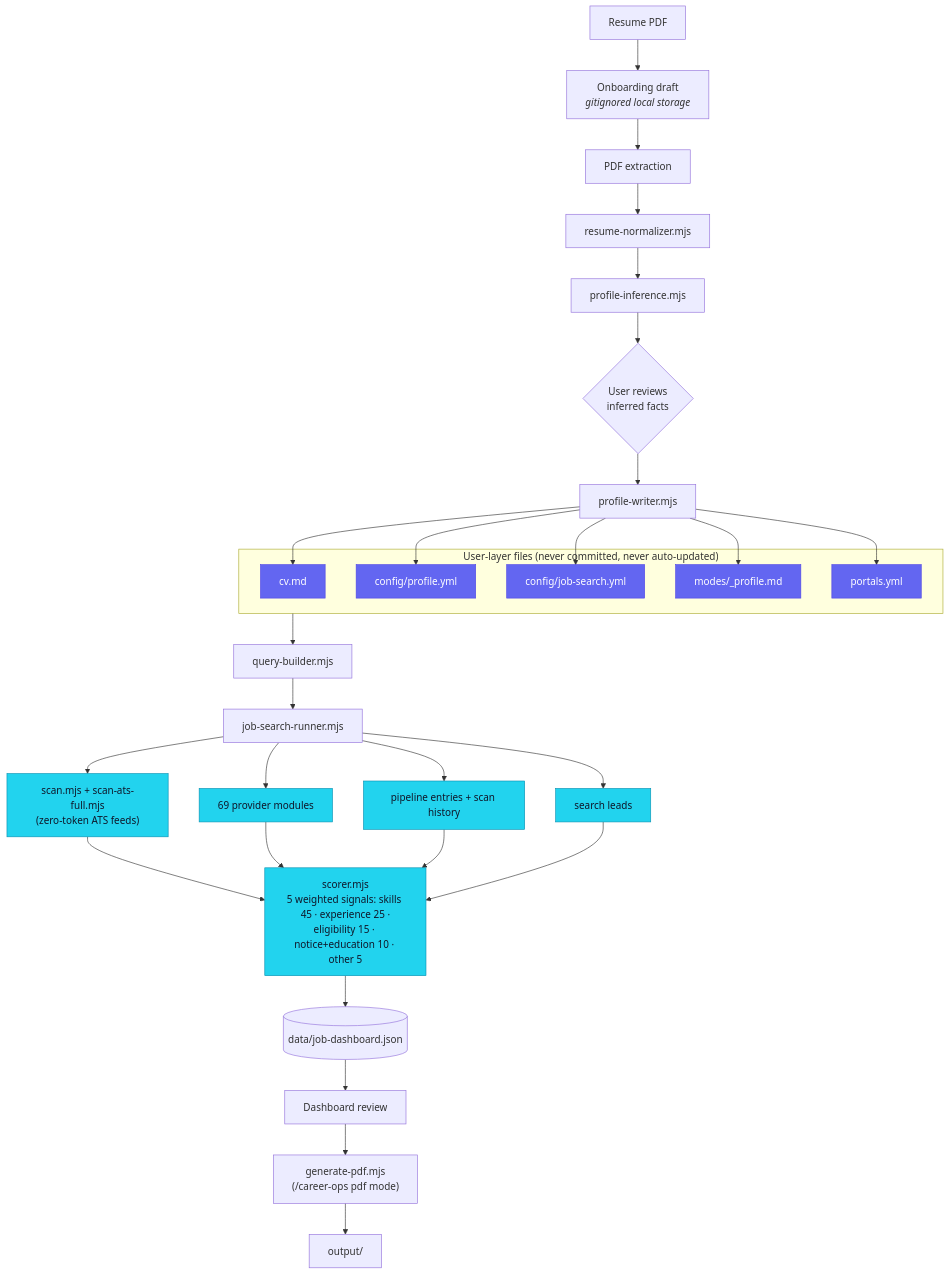
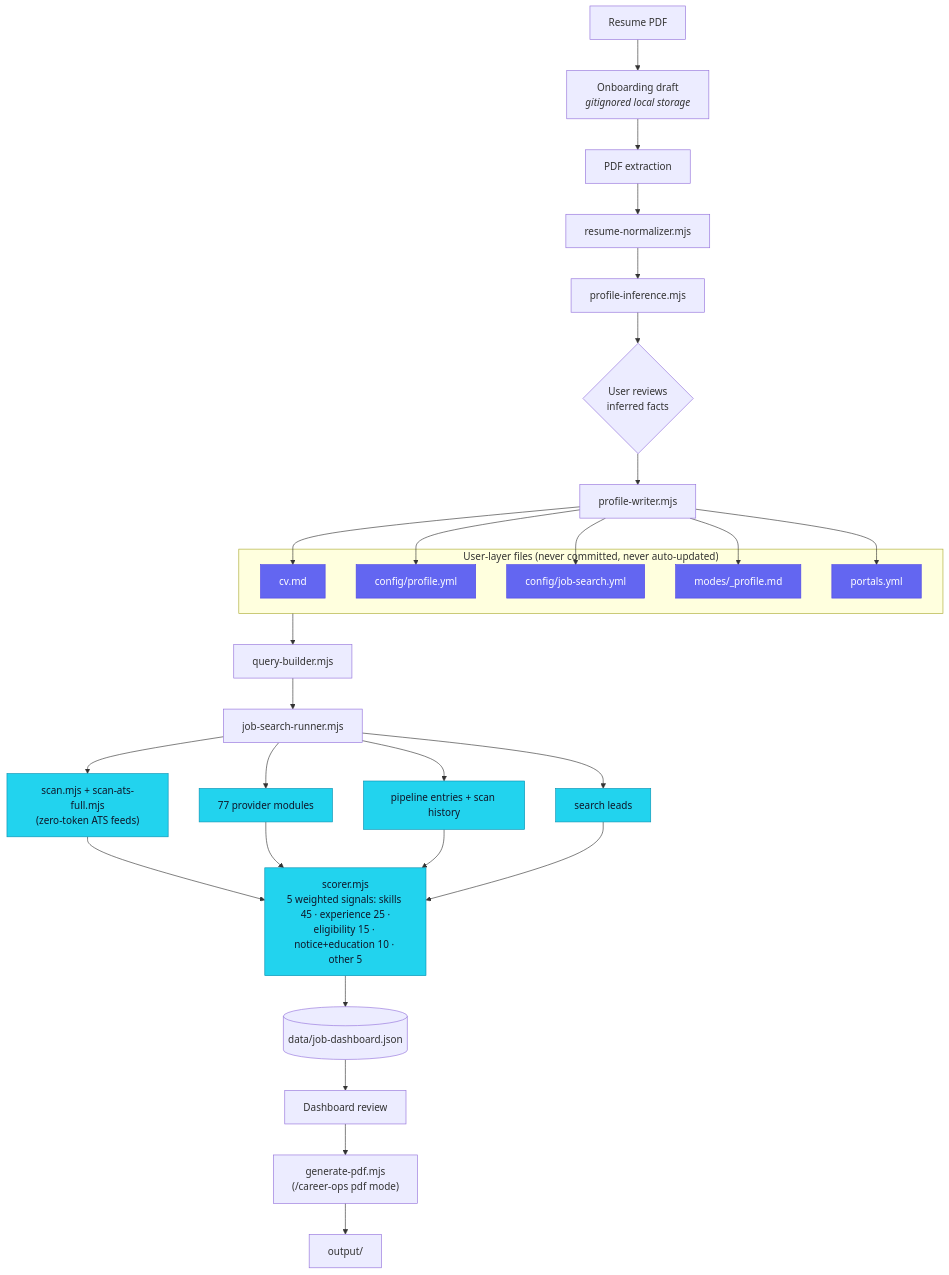
The diagram in README.md (darkpandawarrior/career-ops), drawn with Mermaid before and after one commit. The commit also changed other lines of this file, not shown here.

````diff
--- a/README.md
+++ b/README.md
@@ -219,46 +219,46 @@
 ```mermaid
 flowchart TD
     A[Resume PDF] --> B[Onboarding draft<br/><i>gitignored local storage</i>]
     B --> C[PDF extraction]
     C --> D[resume-normalizer.mjs]
     D --> E[profile-inference.mjs]
     E --> F{User reviews<br/>inferred facts}
     F --> G[profile-writer.mjs]
 
     G --> H1[cv.md]
     G --> H2[config/profile.yml]
     G --> H3[config/job-search.yml]
     G --> H4[modes/_profile.md]
     G --> H5[portals.yml]
 
     subgraph UL["User-layer files (never committed, never auto-updated)"]
         H1
         H2
         H3
         H4
         H5
     end
 
     UL --> I[query-builder.mjs]
     I --> J[job-search-runner.mjs]
 
     J --> K1["scan.mjs + scan-ats-full.mjs<br/>(zero-token ATS feeds)"]
-    J --> K2["69 provider modules"]
+    J --> K2["77 provider modules"]
     J --> K3["pipeline entries + scan history"]
     J --> K4["search leads"]
 
     K1 --> L["scorer.mjs<br/>5 weighted signals: skills 45 · experience 25 ·<br/>eligibility 15 · notice+education 10 · other 5"]
     K2 --> L
     K3 --> L
     K4 --> L
 
     L --> M[(data/job-dashboard.json)]
     M --> N[Dashboard review]
     N --> O["generate-pdf.mjs<br/>(/career-ops pdf mode)"]
     O --> P[output/]
 
     classDef userLayer fill:#6366f1,stroke:#4f46e5,color:#fff
     classDef engine fill:#22d3ee,stroke:#0891b2,color:#0f172a
     class H1,H2,H3,H4,H5 userLayer
     class K1,K2,K3,K4,L engine
 ```
````
